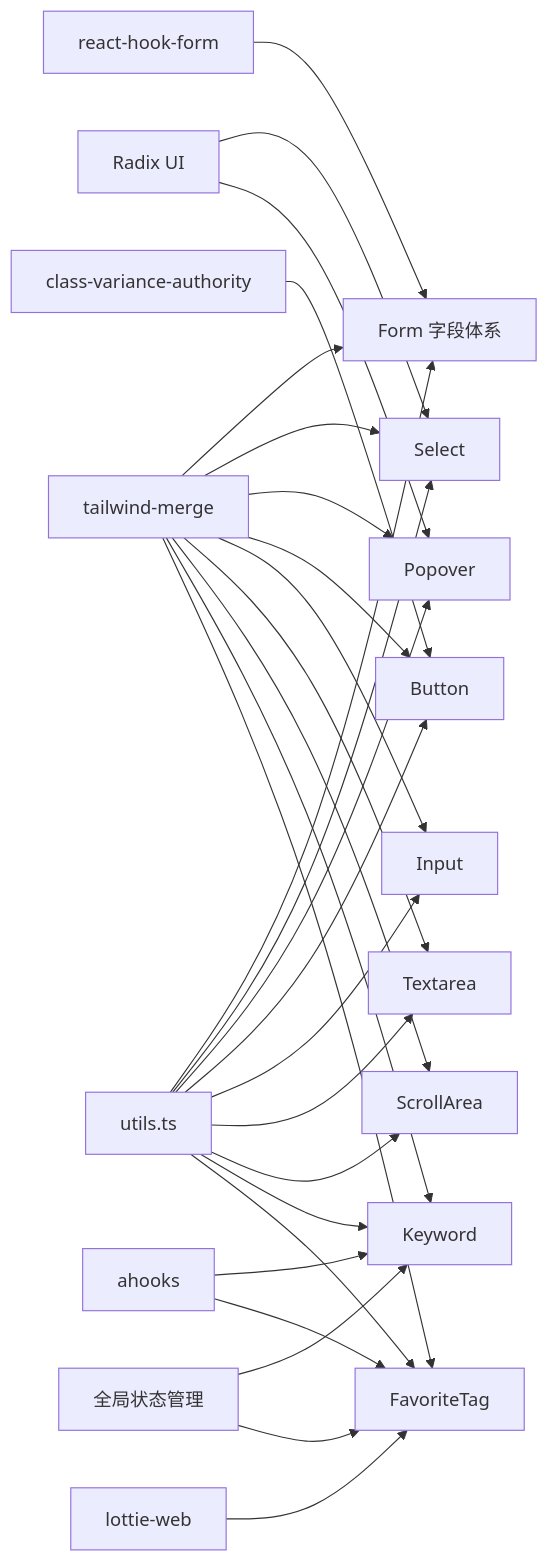
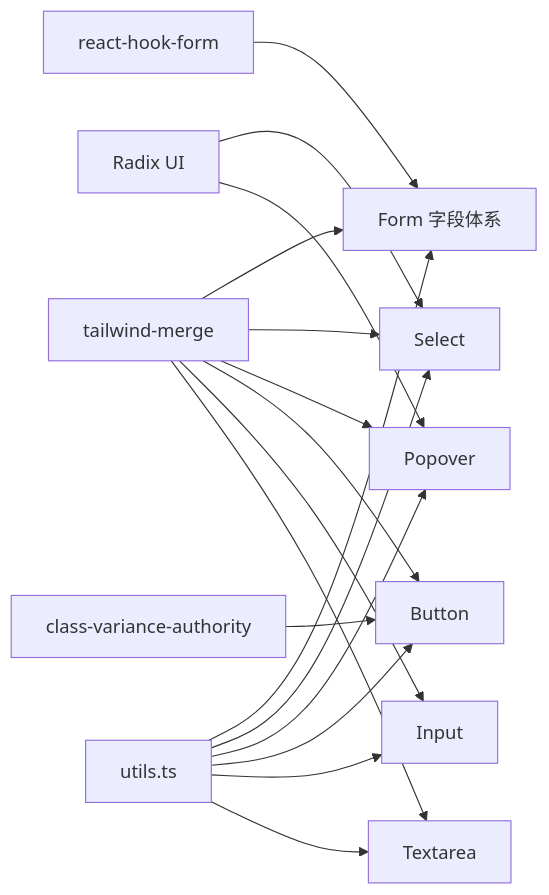
One commit to RadiumAg/bilibili-favorites changed the fifth of 5 diagrams in .qoder/repowiki/zh/content/UI组件系统/表单组件.md. Above: the diagram before and after it, drawn with Mermaid. The commit also changed other lines of this file and 21 other files, not shown here.

````diff
--- a/.qoder/repowiki/zh/content/UI组件系统/表单组件.md
+++ b/.qoder/repowiki/zh/content/UI组件系统/表单组件.md
@@ -416,30 +280,19 @@
 ```mermaid
 graph LR
 RH["react-hook-form"] --> F["Form 字段体系"]
 RUI["Radix UI"] --> S["Select"]
 RUI --> P["Popover"]
 CVA["class-variance-authority"] --> B["Button"]
 TW["tailwind-merge"] --> F
 TW --> S
 TW --> P
 TW --> B
 TW --> IN["Input"]
 TW --> TA["Textarea"]
-TW --> SA["ScrollArea"]
-TW --> KW["Keyword"]
-TW --> FT["FavoriteTag"]
 UT["utils.ts"] --> F
 UT --> S
 UT --> P
 UT --> B
 UT --> IN
 UT --> TA
-UT --> SA
-UT --> KW
-UT --> FT
-LW["lottie-web"] --> FT
-AH["ahooks"] --> KW
-AH --> FT
-GSM["全局状态管理"] --> KW
-GSM --> FT
 ```
````
